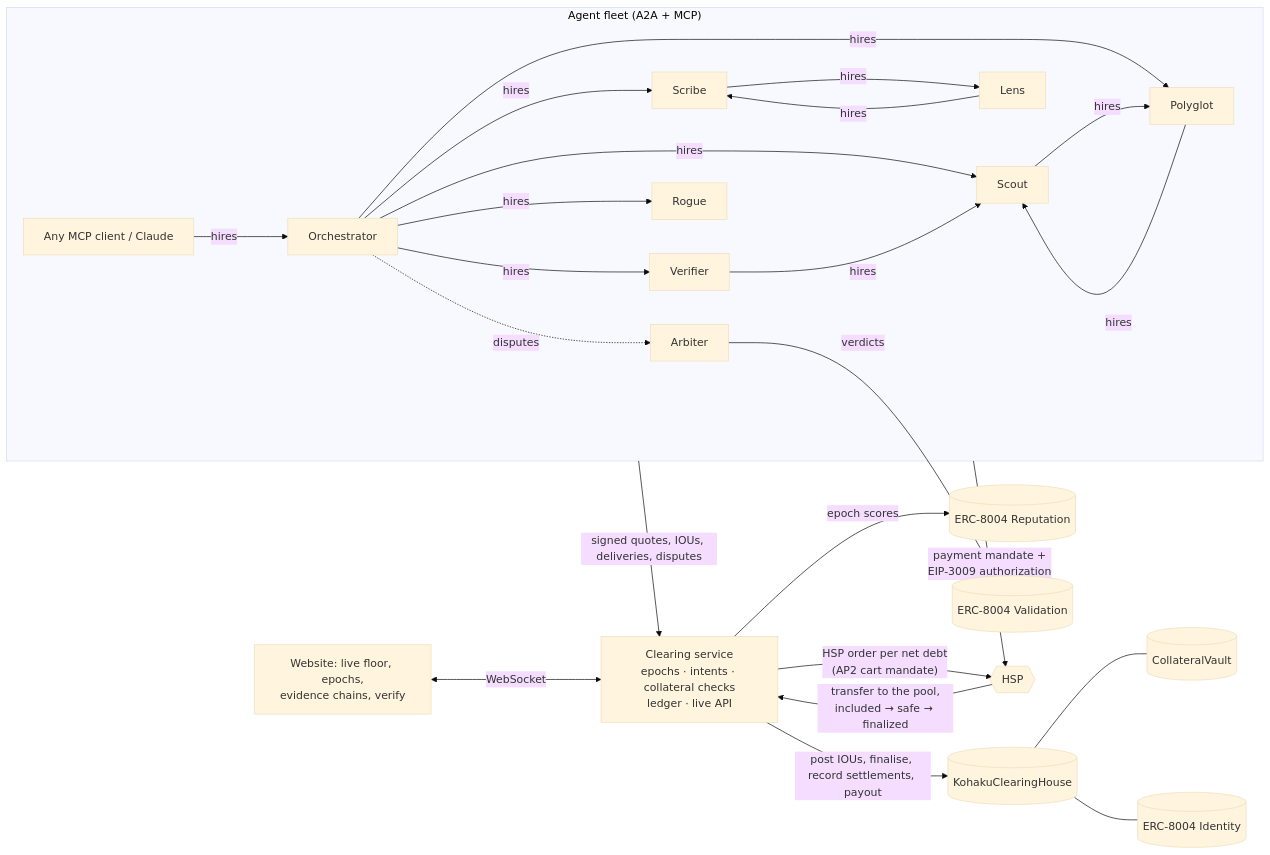
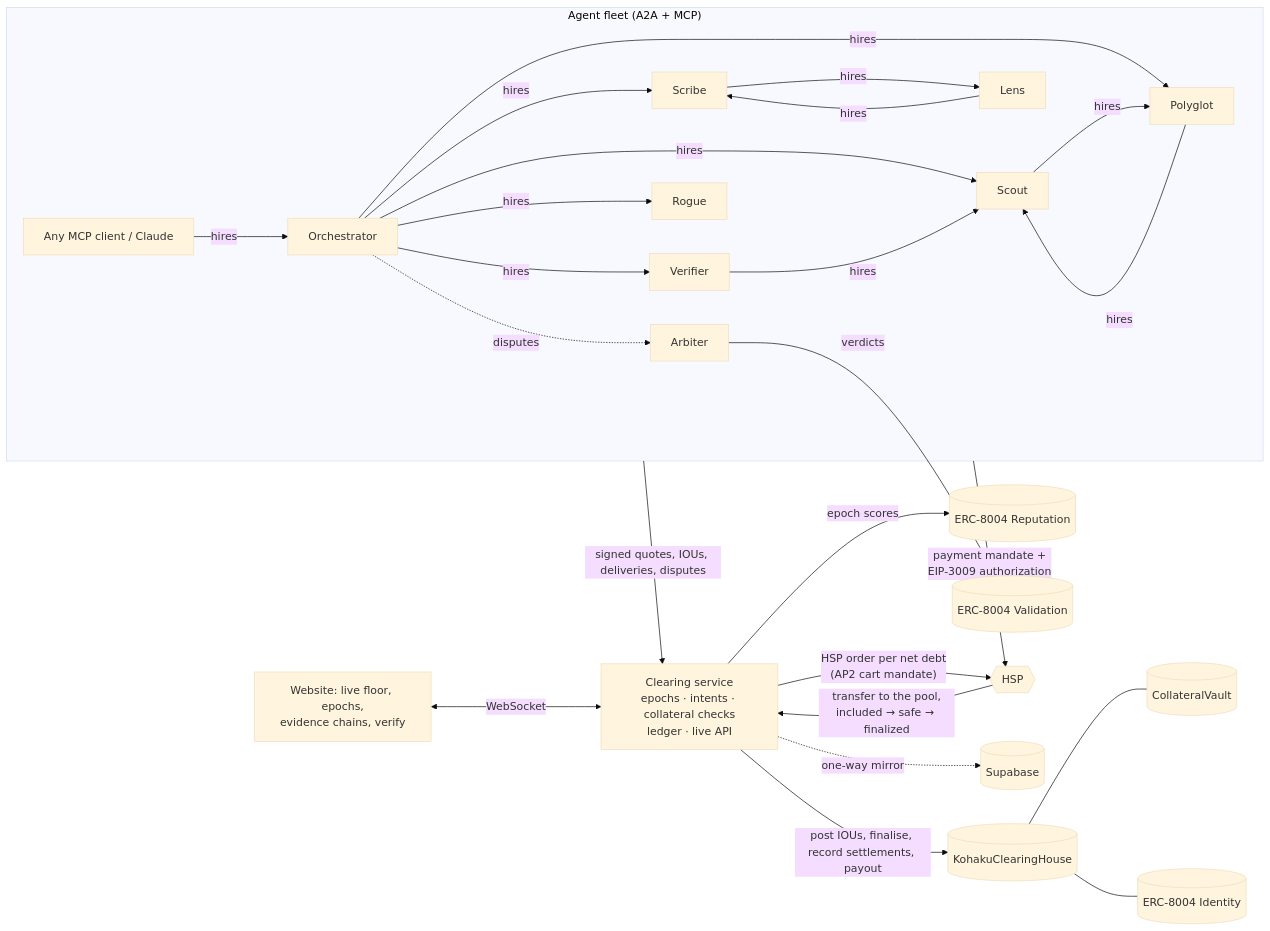
The third of 3 diagrams in README.md (Nouman-wp/Kohaku), drawn with Mermaid (base theme) before and after one commit. The commit also changed other lines of this file and 8 other files, not shown here.

First line of the commit message:
Rewrite the README with screenshots, diagrams and the full picture

````diff
--- a/README.md
+++ b/README.md
@@ -39,24 +181,25 @@
 ```mermaid
 flowchart LR
   subgraph Fleet["Agent fleet (A2A + MCP)"]
     O[Orchestrator] -- hires --> S[Scout]
     O -- hires --> V[Verifier] -- hires --> S
     O -- hires --> SC[Scribe] -- hires --> L[Lens] -- hires --> SC
     O -- hires --> P[Polyglot] -- hires --> S
     S -- hires --> P
     O -. disputes .-> A[Arbiter]
     O -- hires --> R[Rogue]
     G[Any MCP client / Claude] -- hires --> O
   end
 
   Fleet -- "signed quotes, IOUs, deliveries, disputes" --> C[Clearing service<br/>epochs · intents · collateral checks<br/>ledger · live API]
   C -- "post IOUs, finalise, record settlements, payout" --> CH[(KohakuClearingHouse)]
   CH --- VA[(CollateralVault)]
   CH --- ID[(ERC-8004 Identity)]
   C -- "epoch scores" --> RP[(ERC-8004 Reputation)]
   A -- "verdicts" --> VR[(ERC-8004 Validation)]
   C -- "HSP order per net debt<br/>(AP2 cart mandate)" --> HSP{{HSP}}
   Fleet -- "payment mandate +<br/>EIP-3009 authorization" --> HSP
   HSP -- "transfer to the pool,<br/>included → safe → finalized" --> C
+  C -.->|one-way mirror| SB[(Supabase)]
   W[Website: live floor, epochs,<br/>evidence chains, verify] <-- WebSocket --> C
 ```
````
